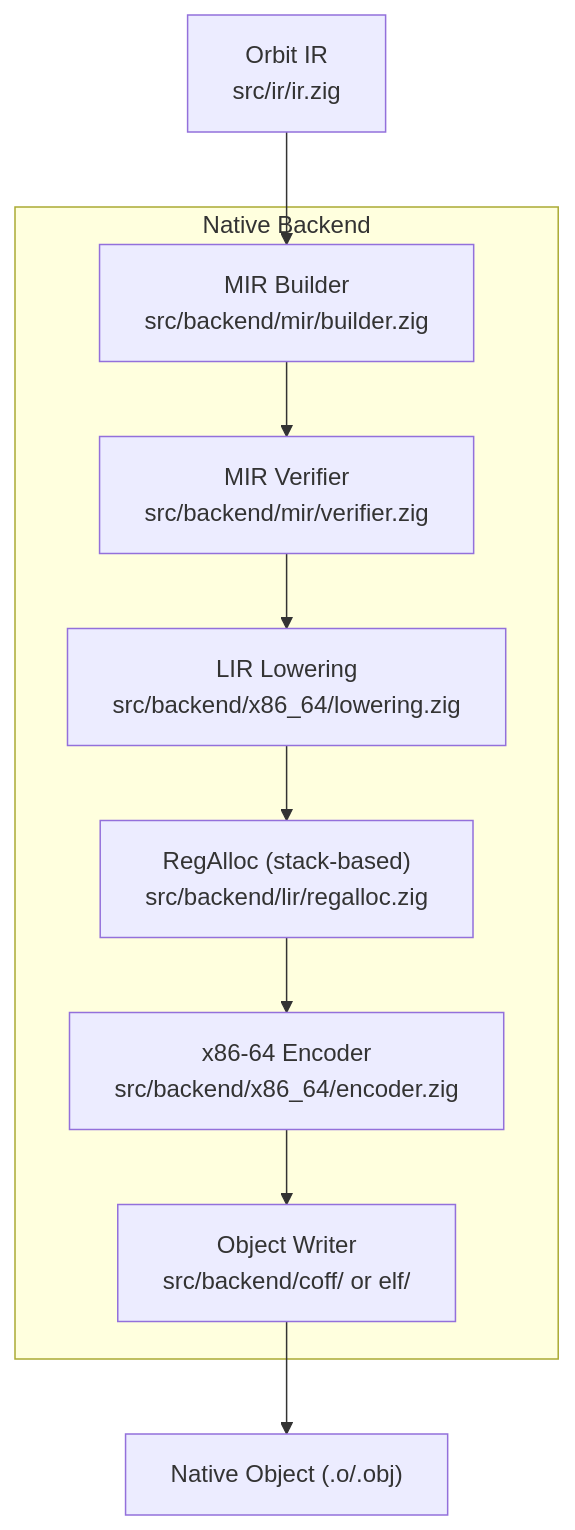
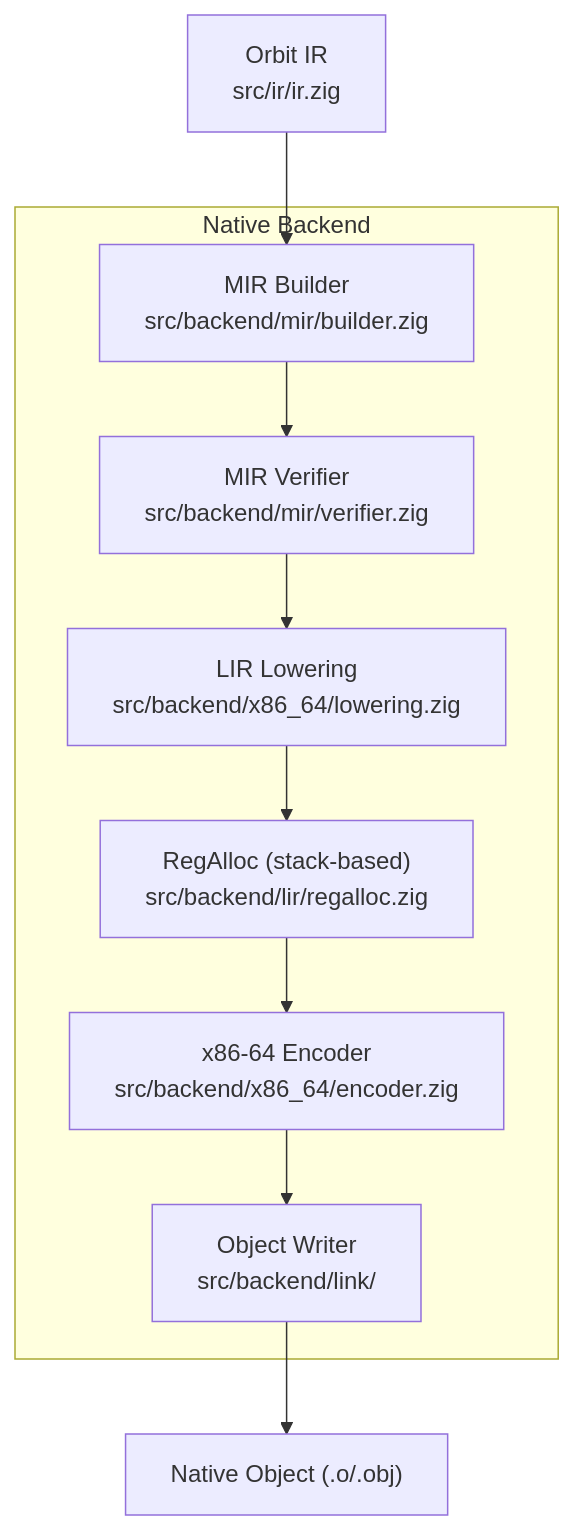
One commit to joacokhzyx/orbit-lang changed the second of 2 diagrams in docs/ARCHITECTURE.md. Above: the diagram before and after it, drawn with Mermaid. The commit also changed other lines of this file and 73 other files, not shown here.

````diff
--- a/docs/ARCHITECTURE.md
+++ b/docs/ARCHITECTURE.md
@@ -221,16 +217,16 @@
 ```mermaid
 flowchart TD
     IR["Orbit IR\nsrc/ir/ir.zig"]
     
     subgraph Native Backend
         MIR["MIR Builder\nsrc/backend/mir/builder.zig"]
         VER["MIR Verifier\nsrc/backend/mir/verifier.zig"]
         LIR["LIR Lowering\nsrc/backend/x86_64/lowering.zig"]
         RA["RegAlloc (stack-based)\nsrc/backend/lir/regalloc.zig"]
         ENC["x86-64 Encoder\nsrc/backend/x86_64/encoder.zig"]
-        OBJ["Object Writer\nsrc/backend/coff/ or elf/"]
+        OBJ["Object Writer\nsrc/backend/link/"]
     end
     
     IR --> MIR --> VER --> LIR --> RA --> ENC --> OBJ
     OBJ --> BIN["Native Object (.o/.obj)"]
 ```
````
